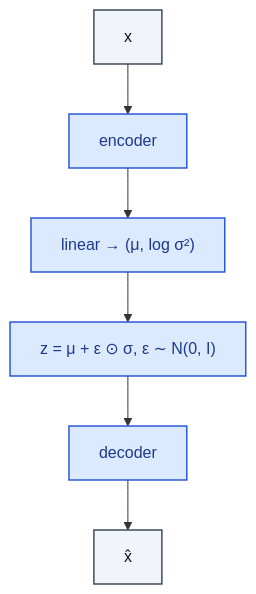
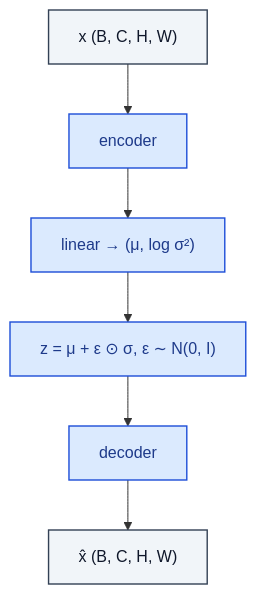
One commit to RealityShifts/Srivastava-book-of-Blocks-diagrams changed the diagram in generative/VAE.md. Above: the diagram before and after it, drawn with Mermaid. The commit also changed 123 other files, not shown here.

````diff
--- a/generative/VAE.md
+++ b/generative/VAE.md
@@ -7,23 +7,24 @@
 ```mermaid
 flowchart TD
-    n0_0["x"]:::io
+    n0_0["x  (B, C, H, W)"]:::io
     n1_0["encoder"]:::op
     n2_0["linear → (μ, log σ²)"]:::op
     n3_0["z = μ + ε ⊙ σ,   ε ∼ N(0, I)"]:::op
     n4_0["decoder"]:::op
-    n5_0["x̂"]:::io
+    n5_0["x̂  (B, C, H, W)"]:::io
     n0_0 --> n1_0
     n1_0 --> n2_0
     n2_0 --> n3_0
     n3_0 --> n4_0
     n4_0 --> n5_0
     classDef io fill:#f1f5f9,stroke:#334155,stroke-width:1.4px,color:#0f172a
     classDef op fill:#dbeafe,stroke:#1d4ed8,stroke-width:1.4px,color:#1e3a8a
     classDef norm fill:#dcfce7,stroke:#15803d,stroke-width:1.4px,color:#14532d
     classDef act fill:#ffedd5,stroke:#c2410c,stroke-width:1.4px,color:#7c2d12
     classDef attn fill:#ede9fe,stroke:#6d28d9,stroke-width:1.4px,color:#4c1d95
     classDef merge fill:#fef3c7,stroke:#b45309,stroke-width:1.4px,color:#78350f
     classDef emb fill:#fef9c3,stroke:#a16207,stroke-width:1.4px,color:#713f12
     classDef loss fill:#fee2e2,stroke:#b91c1c,stroke-width:1.4px,color:#7f1d1d
     classDef ctrl fill:#f5f5f4,stroke:#52525b,stroke-width:1.4px,color:#27272a
+    classDef ref fill:#e0f2fe,stroke:#0369a1,stroke-width:2px,color:#0c4a6e,stroke-dasharray: 4 2
 ```
````
